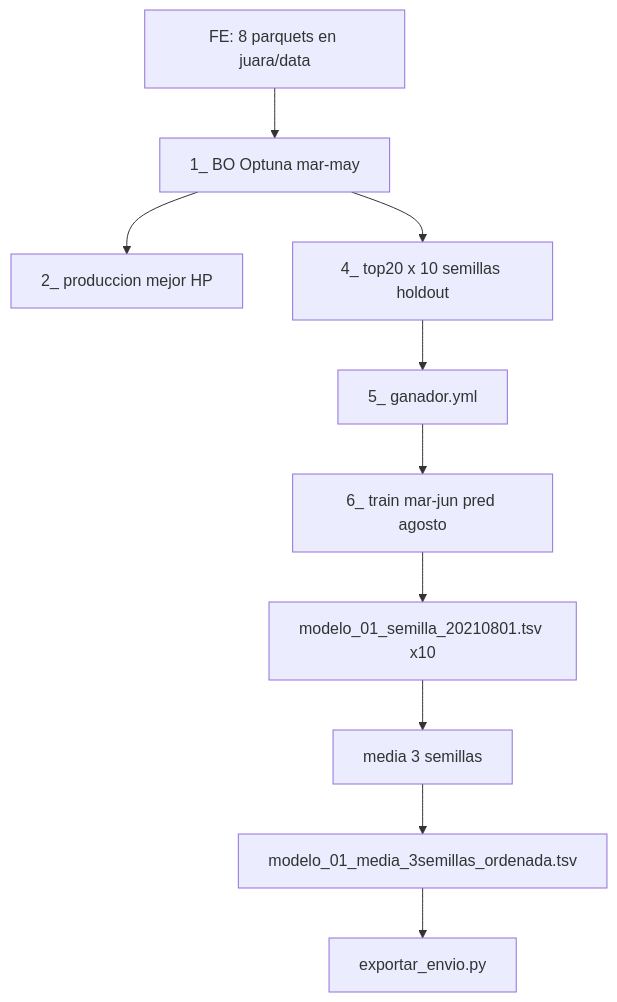
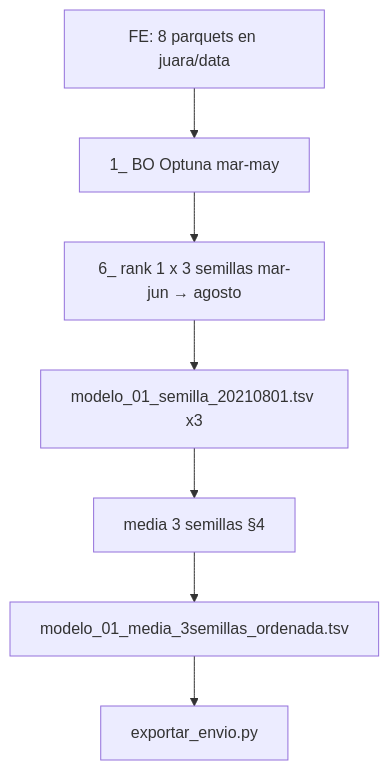
Before and after one commit to jgjuara/dmeyf2026: the diagram in juara/compe1/04py/ENTREGA_FINAL.md, drawn with Mermaid. The commit also changed other lines of this file and 1 other file, not shown here.

Commit message:
docs(04py): entrega final con 6_ rank 1, 3 semillas y sin holdout 4_/5_

````diff
--- a/juara/compe1/04py/ENTREGA_FINAL.md
+++ b/juara/compe1/04py/ENTREGA_FINAL.md
@@ -23,13 +31,10 @@
 ```mermaid
 flowchart TB
   FE["FE: 8 parquets en juara/data"]
   FE --> S1["1_ BO Optuna mar-may"]
-  S1 --> S2["2_ produccion mejor HP"]
-  S1 --> S4["4_ top20 x 10 semillas holdout"]
-  S4 --> S5["5_ ganador.yml"]
-  S5 --> S6["6_ train mar-jun pred agosto"]
-  S6 --> TSVs["modelo_01_semilla_20210801.tsv x10"]
-  TSVs --> M3["media 3 semillas"]
+  S1 --> S6["6_ rank 1 x 3 semillas mar-jun → agosto"]
+  S6 --> TSVs["modelo_01_semilla_20210801.tsv x3"]
+  TSVs --> M3["media 3 semillas §4"]
   M3 --> ORD["modelo_01_media_3semillas_ordenada.tsv"]
   ORD --> CSV["exportar_envio.py"]
 ```
````
